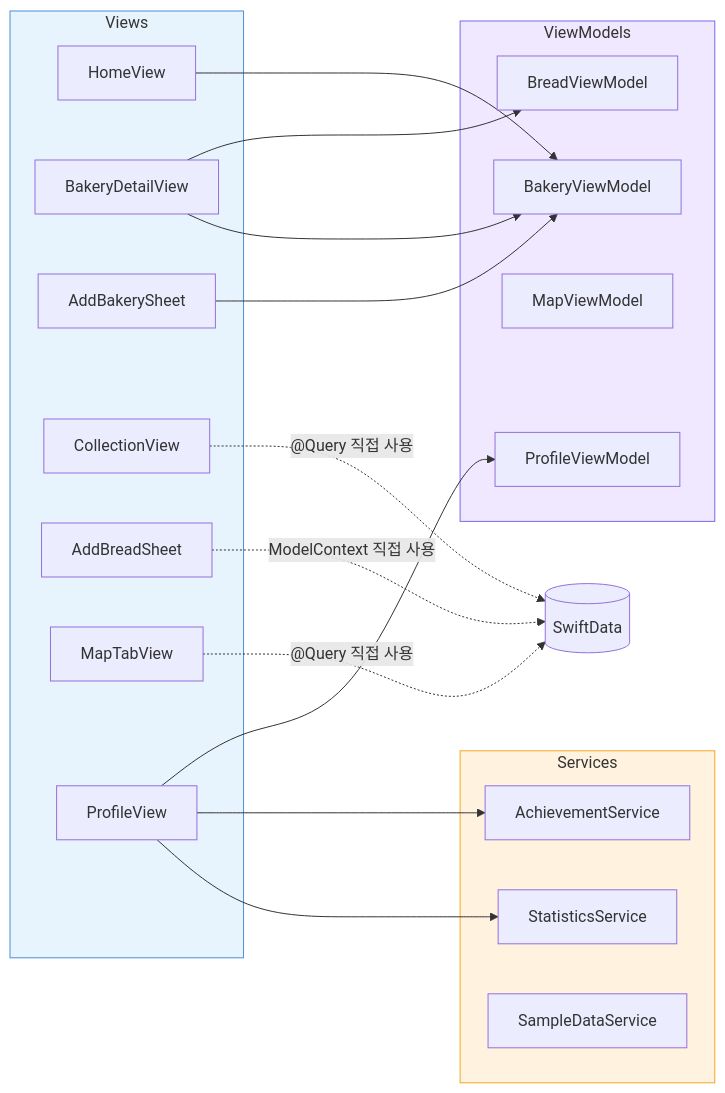
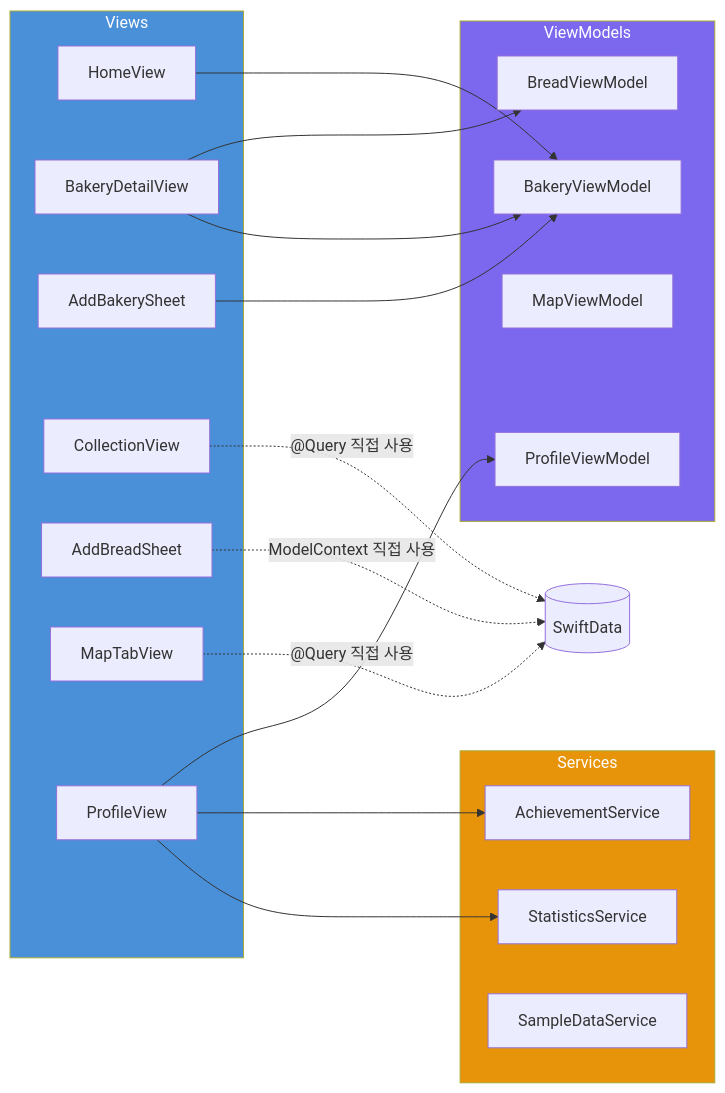
One commit to ParkSY0919/BreadStamp changed the eighth of 11 diagrams in README.md. Above: the diagram before and after it, drawn with Mermaid. The commit also changed other lines of this file and 8 other files, not shown here.

````diff
--- a/README.md
+++ b/README.md
@@ -304,41 +304,41 @@
 ```mermaid
 graph LR
     subgraph Views
         HV[HomeView]
         BDV[BakeryDetailView]
         ABS[AddBakerySheet]
         CV[CollectionView]
         ABRS[AddBreadSheet]
         MTV[MapTabView]
         PV[ProfileView]
     end
 
     subgraph ViewModels
         BakVM[BakeryViewModel]
         BrdVM[BreadViewModel]
         MapVM[MapViewModel]
         PrfVM[ProfileViewModel]
     end
 
     subgraph Services
         SS[StatisticsService]
         AS[AchievementService]
         SDS[SampleDataService]
     end
 
     HV --> BakVM
     BDV --> BakVM
     BDV --> BrdVM
     ABS --> BakVM
     ABRS -.->|"ModelContext 직접 사용"| MC[(SwiftData)]
     MTV -.->|"@Query 직접 사용"| MC
     CV -.->|"@Query 직접 사용"| MC
 
     PV --> SS
     PV --> AS
     PV --> PrfVM
 
-    style Views fill:#E8F4FD,stroke:#4A90D9
-    style ViewModels fill:#F0E8FF,stroke:#7B68EE
-    style Services fill:#FFF3E0,stroke:#F5A623
+    style Views fill:#4A90D9,color:#fff
+    style ViewModels fill:#7B68EE,color:#fff
+    style Services fill:#E8940A,color:#fff
 ```
````
